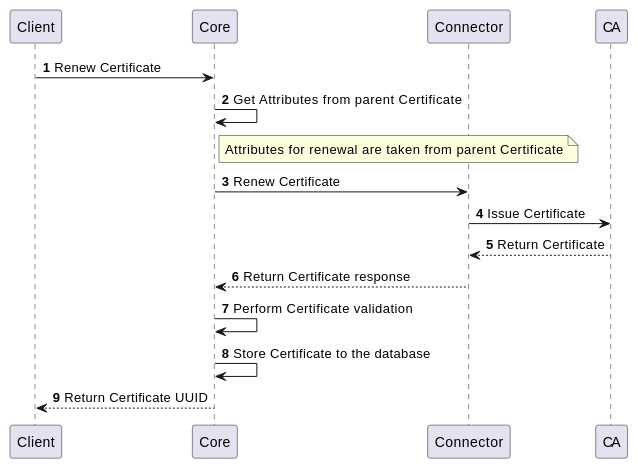
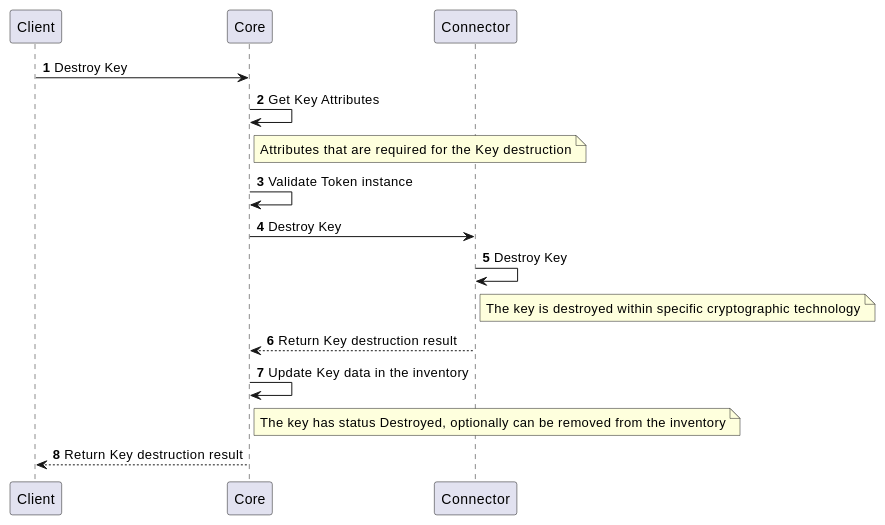
One commit to CZERTAINLY/CZERTAINLY-Documentation changed the ninth of 9 diagrams in docs/12-connectors/05-description/35-cryptography-provider.md. Above: the diagram before and after it, drawn with PlantUML. The commit also changed other lines of this file, not shown here.

Commit message:
Update key management processes

````diff
--- a/docs/12-connectors/05-description/35-cryptography-provider.md
+++ b/docs/12-connectors/05-description/35-cryptography-provider.md
@@ -238,16 +241,17 @@
 ```plantuml
     @startuml
     autonumber
     skinparam topurl https://docs.czertainly.com/api/
-        Client -> Core [[core-client-operations/#tag/v2-Client-Operations-API/operation/renewCertificate]]: Renew Certificate
-        Core -> Core: Get Attributes from parent Certificate
-        note right Core: Attributes for renewal are taken from parent Certificate
-        Core -> Connector [[connector-authority-provider-v2/#tag/Certificate-Management-API/operation/renewCertificate]]: Renew Certificate
-        Connector -> CA: Issue Certificate
-        CA --> Connector: Return Certificate
-        Connector --> Core: Return Certificate response
-        Core -> Core : Perform Certificate validation
-        Core -> Core : Store Certificate to the database
-        Core --> Client: Return Certificate UUID
+        Client -> Core [[core-key/#tag/Key-Management-API/operation/destroyKey]]: Destroy Key
+        Core -> Core: Get Key Attributes
+        note right Core: Attributes that are required for the Key destruction
+        Core -> Core: Validate Token instance
+        Core -> Connector [[connector-cryptography-provider/#tag/Key-Management-API/operation/destroyKey]]: Destroy Key
+        Connector -> Connector: Destroy Key
+        note right of Connector: The key is destroyed within specific cryptographic technology
+        Connector --> Core: Return Key destruction result
+        Core -> Core : Update Key data in the inventory
+        note right of Core: The key has status Destroyed, optionally can be removed from the inventory
+        Core --> Client: Return Key destruction result
     @enduml
 ```
````
